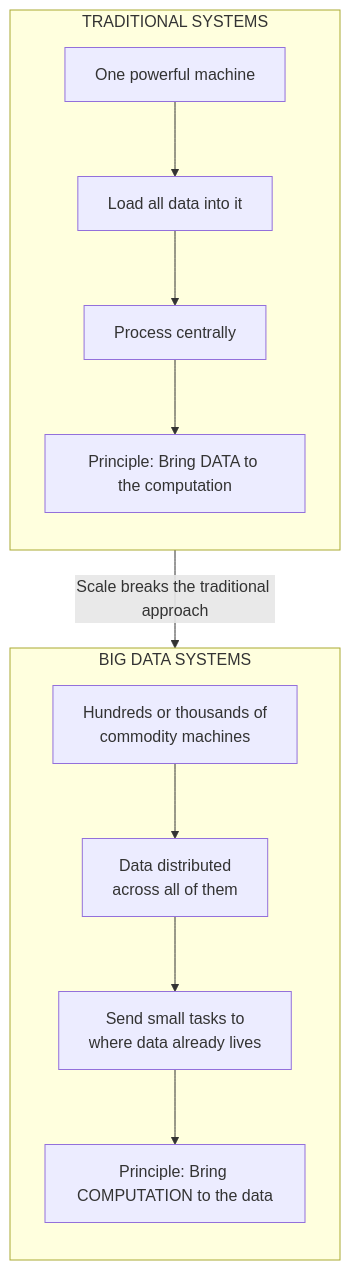
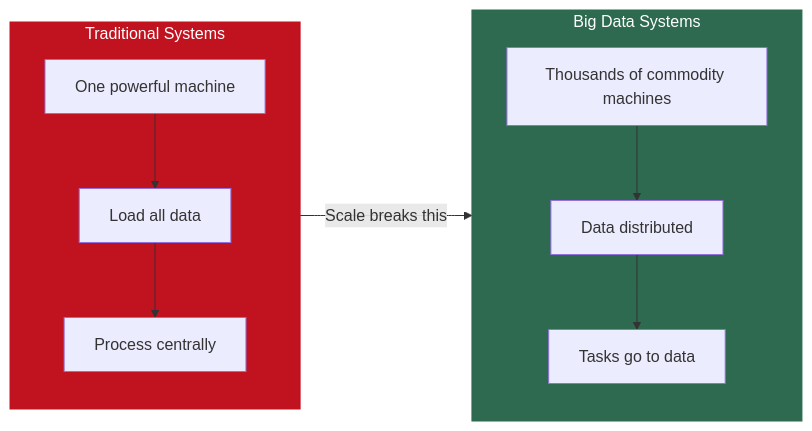
The seventh of 9 diagrams in Week1/Lecture1_BigData_Fundamentals.md (MuhammadTahaNasir/Big-Data-Analytics-Notes), drawn with Mermaid before and after one commit. The commit also changed other lines of this file, not shown here.

First line of the commit message:
Add Week 1 lecture notes on Big Data fundamentals

````diff
--- a/Week1/Lecture1_BigData_Fundamentals.md
+++ b/Week1/Lecture1_BigData_Fundamentals.md
@@ -223,18 +241,14 @@
 ```mermaid
-flowchart TD
-    subgraph TRAD["TRADITIONAL SYSTEMS"]
-        direction TB
-        T1["One powerful machine"] --> T2["Load all data into it"]
-        T2 --> T3["Process centrally"]
-        T3 --> T4["Principle: Bring DATA to the computation"]
+flowchart LR
+    subgraph TRAD[Traditional Systems]
+        T1[One powerful machine] --> T2[Load all data] --> T3[Process centrally]
+    end
+    subgraph BIG[Big Data Systems]
+        B1[Thousands of commodity machines] --> B2[Data distributed] --> B3[Tasks go to data]
     end
 
-    subgraph BIG["BIG DATA SYSTEMS"]
-        direction TB
-        B1["Hundreds or thousands of\ncommodity machines"] --> B2["Data distributed\nacross all of them"]
-        B2 --> B3["Send small tasks to\nwhere data already lives"]
-        B3 --> B4["Principle: Bring COMPUTATION to the data"]
-    end
+    TRAD -->|Scale breaks this| BIG
 
-    TRAD --"Scale breaks the traditional approach"--> BIG
+    style TRAD fill:#c1121f,color:#fff,stroke:#c1121f
+    style BIG fill:#2d6a4f,color:#fff,stroke:#2d6a4f
 ```
````
